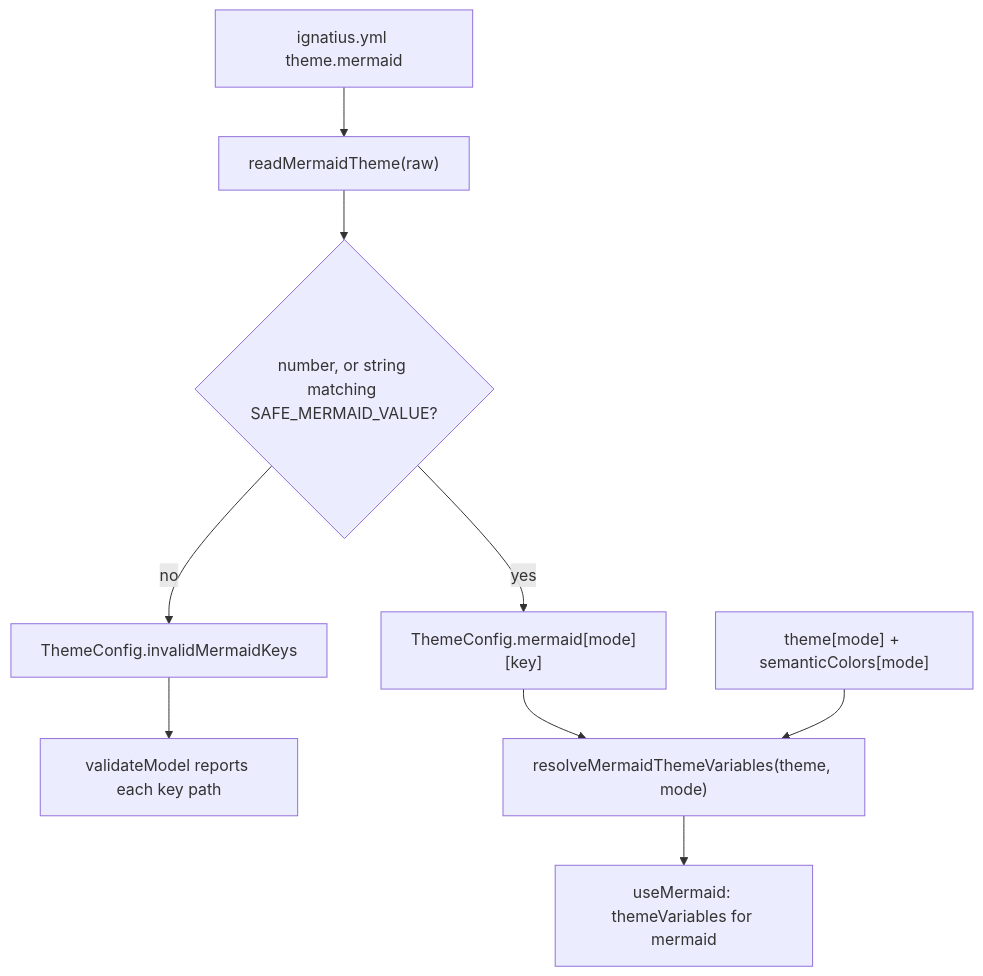
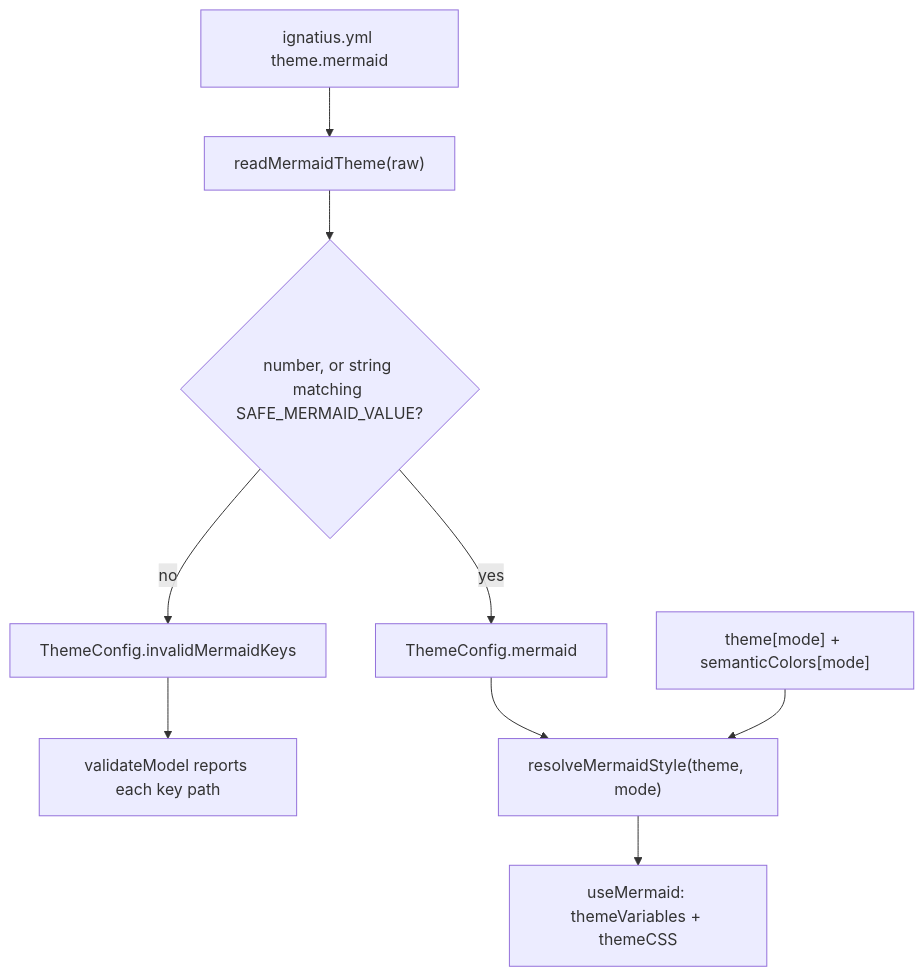
One commit to noormdev/ignatius changed the second of 4 diagrams in docs/wiki/theme.md. Above: the diagram before and after it, drawn with Mermaid. The commit also changed other lines of this file and 3 other files, not shown here.

````diff
--- a/docs/wiki/theme.md
+++ b/docs/wiki/theme.md
@@ -35,12 +35,12 @@
 ```mermaid
 flowchart TD
     %% source: docs/design/viewer-qol.md, src/theme/theme-defaults.ts, src/theme/mermaid-theme.ts, src/app/hooks/useMermaid.ts
     Raw["ignatius.yml theme.mermaid"] --> Read["readMermaidTheme(raw)"]
     Read --> Safe{"number, or string matching SAFE_MERMAID_VALUE?"}
-    Safe -->|yes| Kept["ThemeConfig.mermaid[mode][key]"]
+    Safe -->|yes| Kept["ThemeConfig.mermaid"]
     Safe -->|no| Dropped["ThemeConfig.invalidMermaidKeys"]
     Dropped --> Validate["validateModel reports each key path"]
-    Kept --> Resolve["resolveMermaidThemeVariables(theme, mode)"]
+    Kept --> Resolve["resolveMermaidStyle(theme, mode)"]
     Palette["theme[mode] + semanticColors[mode]"] --> Resolve
-    Resolve --> Hook["useMermaid: themeVariables for mermaid"]
+    Resolve --> Hook["useMermaid: themeVariables + themeCSS"]
 ```
````
